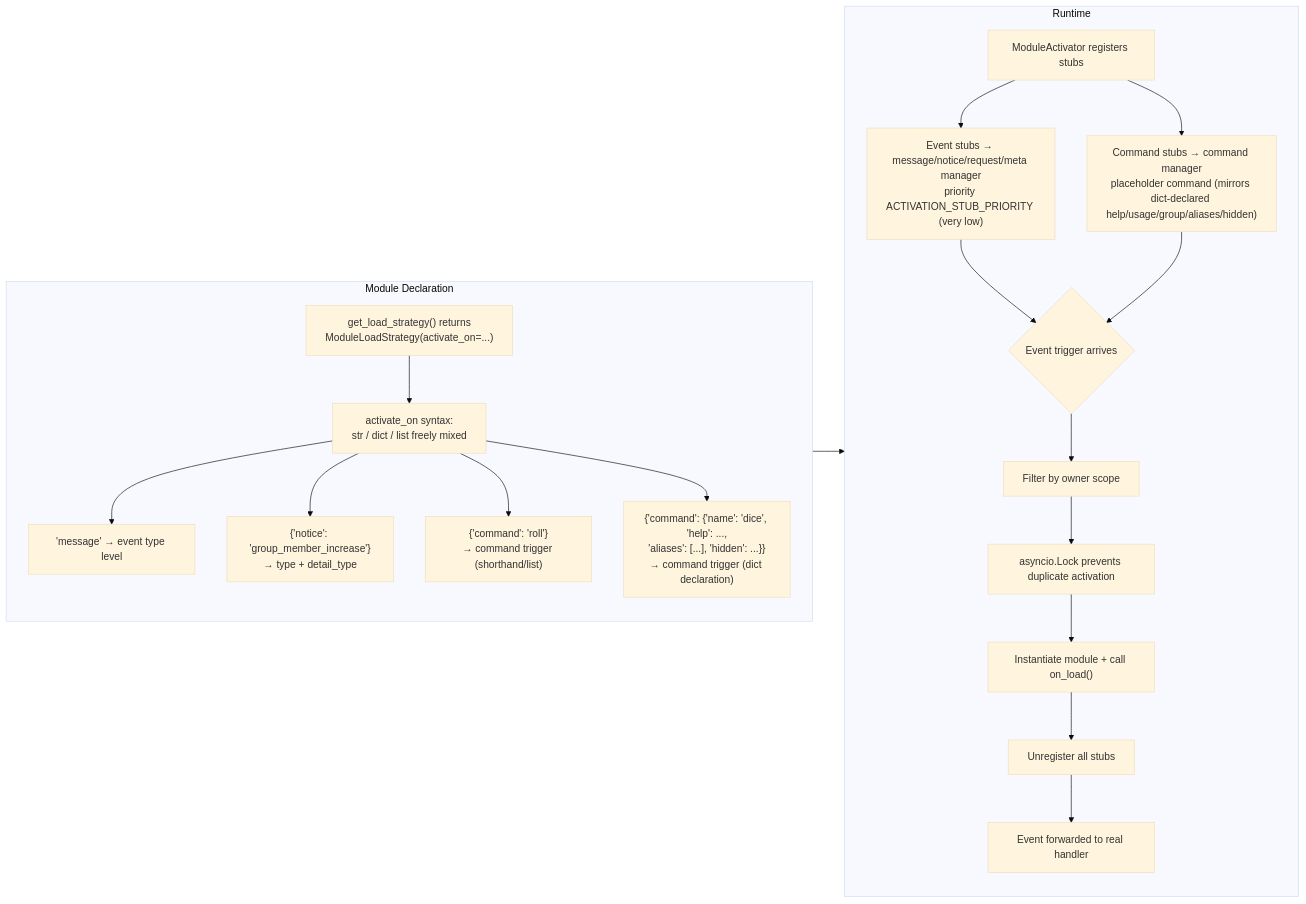
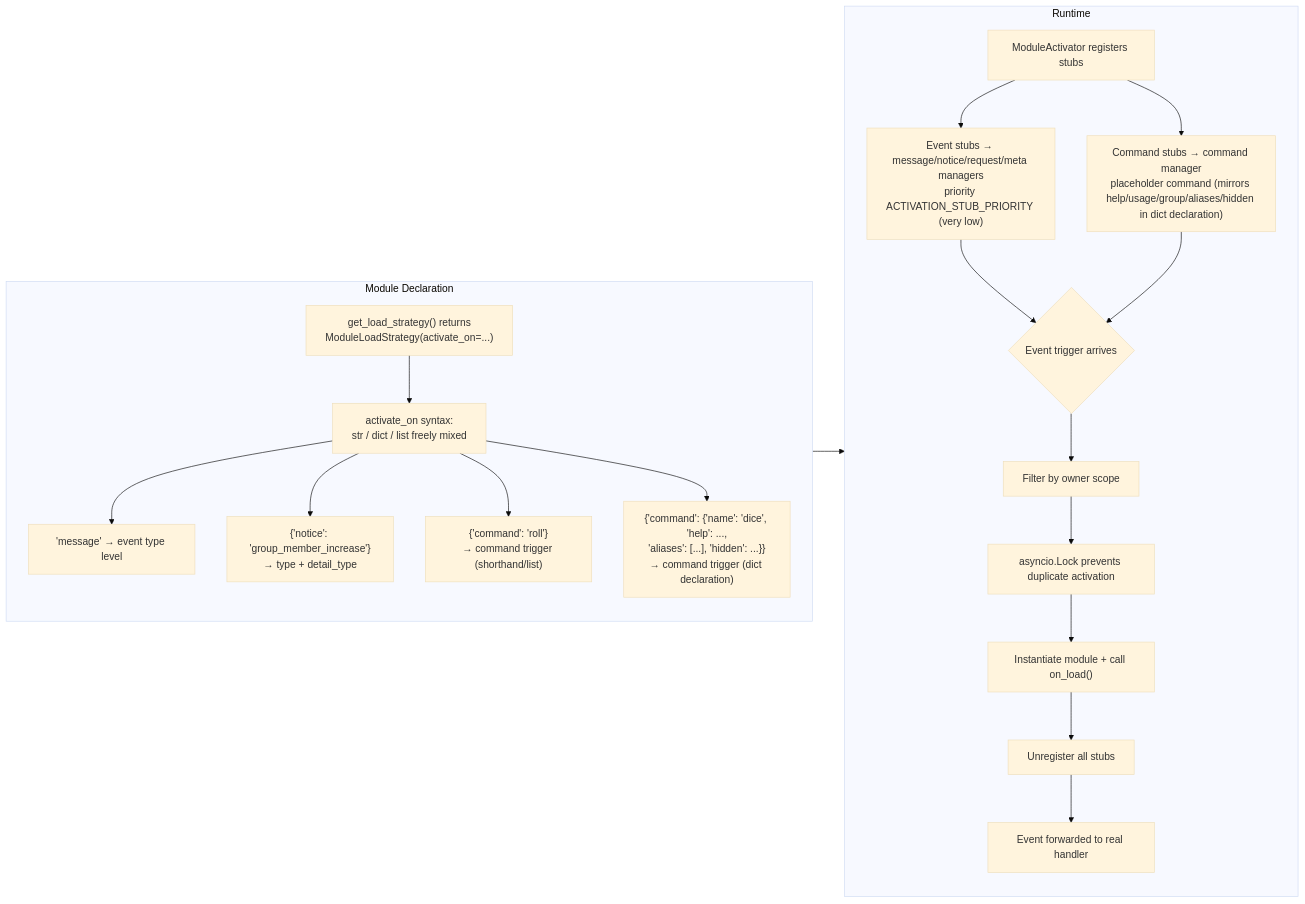
Before and after one commit to ErisPulse/ErisPulse: the seventh of 9 diagrams in docs/en/architecture.md, drawn with Mermaid (base theme). The commit also changed other lines of this file and 622 other files, not shown here.

````diff
--- a/docs/en/architecture.md
+++ b/docs/en/architecture.md
@@ -226,24 +222,24 @@
 ```mermaid
 flowchart LR
     subgraph Declare["Module Declaration"]
-        S1["get_load_strategy() returns<br/>ModuleLoadStrategy(activate_on=...)"] --> S2["activate_on syntax:<br/>str / dict / list freely mixed"]
+        S1["get_load_strategy() returns<br/>ModuleLoadStrategy(activate_on=...)"] --> S2["activate_on syntax: <br/>str / dict / list freely mixed"]
         S2 --> S2a["'message' → event type level"]
         S2 --> S2b["{'notice': 'group_member_increase'}<br/>→ type + detail_type"]
         S2 --> S2c["{'command': 'roll'}<br/>→ command trigger (shorthand/list)"]
         S2 --> S2d["{'command': {'name': 'dice', 'help': ...,<br/>'aliases': [...], 'hidden': ...}}<br/>→ command trigger (dict declaration)"]
     end
 
     subgraph Runtime["Runtime"]
-        R1["ModuleActivator registers stubs"] --> R1a["Event stubs → message/notice/request/meta manager<br/>priority ACTIVATION_STUB_PRIORITY (very low)"]
-        R1 --> R1b["Command stubs → command manager<br/>placeholder command (mirrors dict-declared help/usage/group/aliases/hidden)"]
+        R1["ModuleActivator registers stubs"] --> R1a["Event stubs → message/notice/request/meta managers<br/>priority ACTIVATION_STUB_PRIORITY (very low)"]
+        R1 --> R1b["Command stubs → command manager<br/>placeholder command (mirrors help/usage/group/aliases/hidden in dict declaration)"]
         R1a --> R2{"Event trigger arrives"}
         R1b --> R2
         R2 --> R3["Filter by owner scope"]
         R3 --> R4["asyncio.Lock prevents duplicate activation"]
         R4 --> R5["Instantiate module + call on_load()"]
         R5 --> R6["Unregister all stubs"]
         R6 --> R7["Event forwarded to real handler"]
     end
 
     Declare --> Runtime
 ```
````
